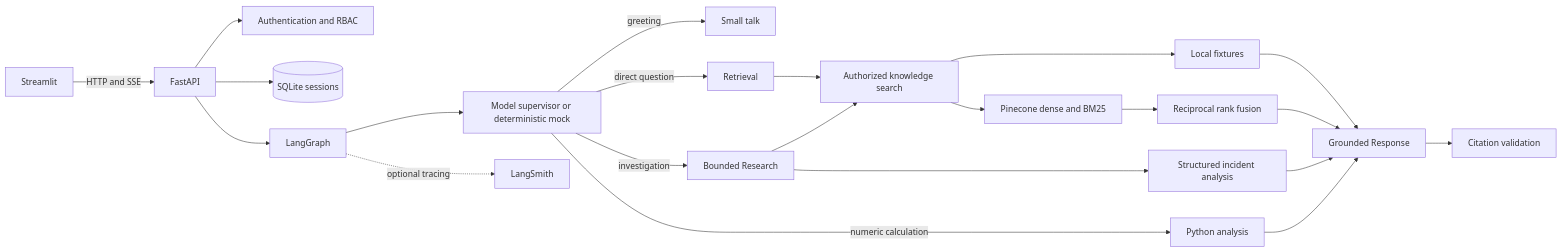
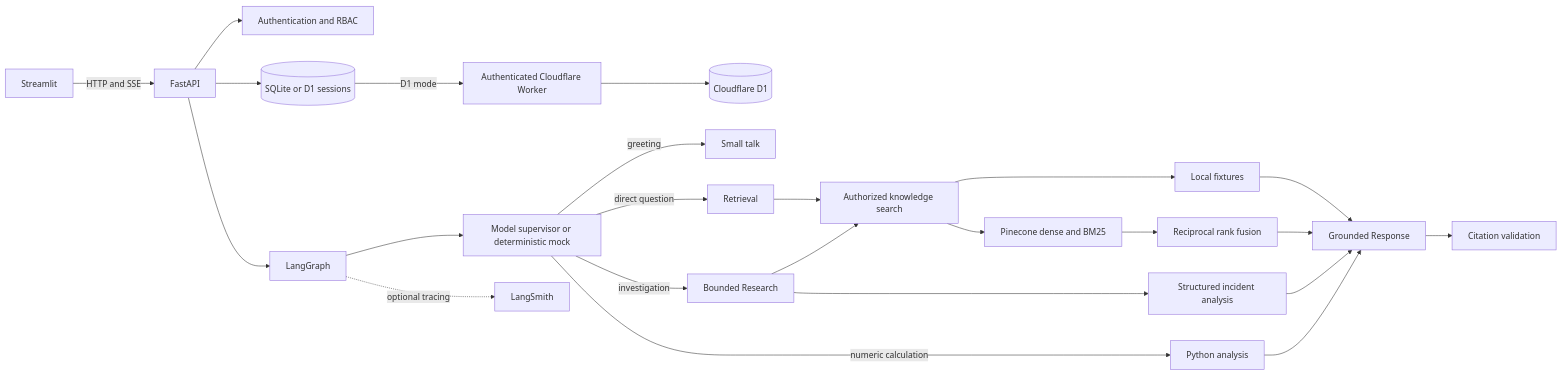
The diagram in README.md (Thavarshan/enterprise-knowledge-assistant), drawn with Mermaid before and after one commit. The commit also changed other lines of this file and 11 other files, not shown here.

````diff
--- a/README.md
+++ b/README.md
@@ -10,24 +10,26 @@
 ```mermaid
 flowchart LR
     UI[Streamlit] -->|HTTP and SSE| API[FastAPI]
     API --> AUTH[Authentication and RBAC]
-    API --> MEM[(SQLite sessions)]
+  API --> MEM[(SQLite or D1 sessions)]
+  MEM -->|D1 mode| WORKER[Authenticated Cloudflare Worker]
+  WORKER --> D1[(Cloudflare D1)]
     API --> GRAPH[LangGraph]
     GRAPH --> SUP[Model supervisor or deterministic mock]
     SUP -->|greeting| SMALL[Small talk]
     SUP -->|direct question| RET[Retrieval]
     SUP -->|investigation| RES[Bounded Research]
     SUP -->|numeric calculation| ANA[Python analysis]
     RET --> TOOL[Authorized knowledge search]
     RES --> TOOL
     RES --> IANA[Structured incident analysis]
     TOOL --> FIXTURE[Local fixtures]
     TOOL --> HYBRID[Pinecone dense and BM25]
     HYBRID --> RRF[Reciprocal rank fusion]
     FIXTURE --> RESP[Grounded Response]
     RRF --> RESP
     IANA --> RESP
     ANA --> RESP
     RESP --> VALIDATE[Citation validation]
     GRAPH -. optional tracing .-> LS[LangSmith]
 ```
````
